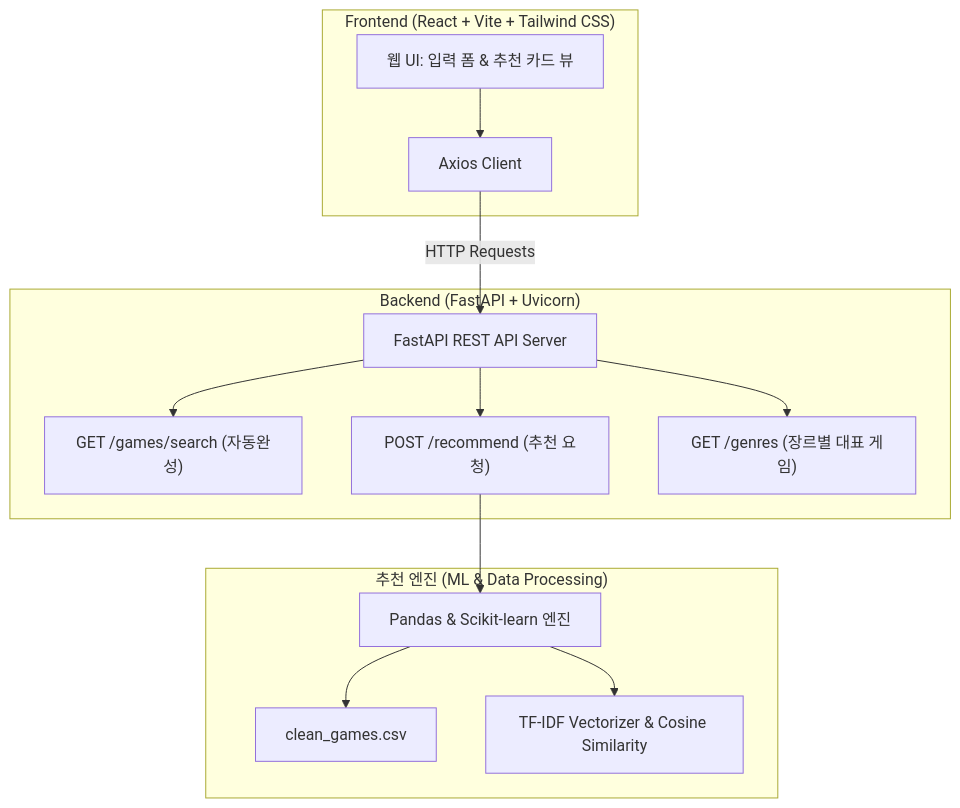
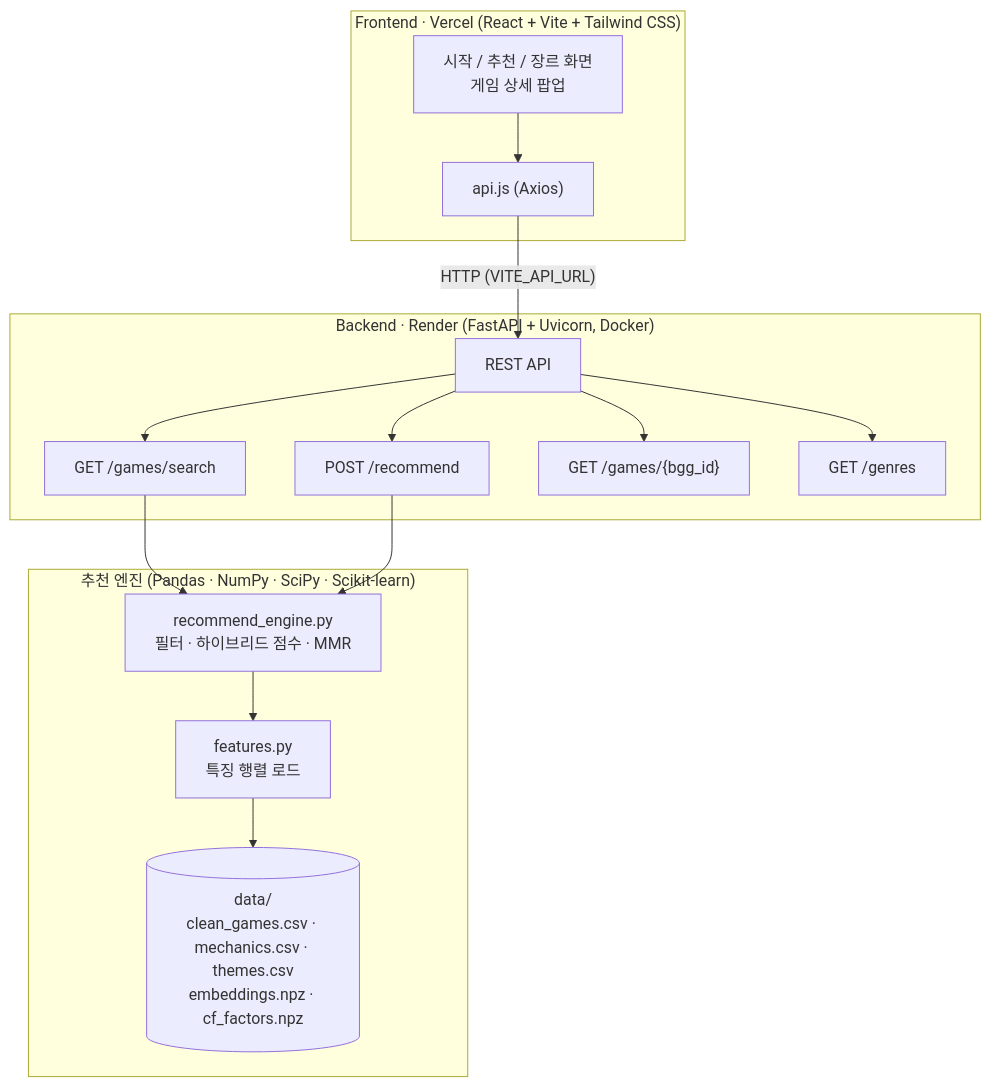
One commit to junijuny/boardgame-recommender changed the second of 2 diagrams in README.md. Above: the diagram before and after it, drawn with Mermaid. The commit also changed other lines of this file and 5 other files, not shown here.

````diff
--- a/README.md
+++ b/README.md
@@ -75,29 +93,29 @@
 ```mermaid
 graph TD
-    subgraph Frontend ["Frontend (React + Vite + Tailwind CSS)"]
-        UI["웹 UI: 입력 폼 & 추천 카드 뷰"]
-        Axios["Axios Client"]
+    subgraph Frontend ["Frontend · Vercel (React + Vite + Tailwind CSS)"]
+        UI["시작 / 추천 / 장르 화면<br/>게임 상세 팝업"]
+        Axios["api.js (Axios)"]
     end
 
-    subgraph Backend ["Backend (FastAPI + Uvicorn)"]
-        API["FastAPI REST API Server"]
-        Search["GET /games/search (자동완성)"]
-        Recommend["POST /recommend (추천 요청)"]
-        Genres["GET /genres (장르별 대표 게임)"]
+    subgraph Backend ["Backend · Render (FastAPI + Uvicorn, Docker)"]
+        API["REST API"]
+        Search["GET /games/search"]
+        Recommend["POST /recommend"]
+        Detail["GET /games/{bgg_id}"]
+        Genres["GET /genres"]
     end
 
-    subgraph Engine ["추천 엔진 (ML & Data Processing)"]
-        EngineCore["Pandas & Scikit-learn 엔진"]
-        DataClean["clean_games.csv"]
-        TFIDF["TF-IDF Vectorizer & Cosine Similarity"]
+    subgraph Engine ["추천 엔진 (Pandas · NumPy · SciPy · Scikit-learn)"]
+        Features["features.py<br/>특징 행렬 로드"]
+        Core["recommend_engine.py<br/>필터 · 하이브리드 점수 · MMR"]
+        Data[("data/<br/>clean_games.csv · mechanics.csv · themes.csv<br/>embeddings.npz · cf_factors.npz")]
     end
 
     UI --> Axios
-    Axios -->|"HTTP Requests"| API
-    API --> Search
-    API --> Recommend
-    API --> Genres
-    Recommend --> EngineCore
-    EngineCore --> DataClean
-    EngineCore --> TFIDF
+    Axios -->|"HTTP (VITE_API_URL)"| API
+    API --> Search & Recommend & Detail & Genres
+    Search --> Core
+    Recommend --> Core
+    Core --> Features
+    Features --> Data
 ```
````
